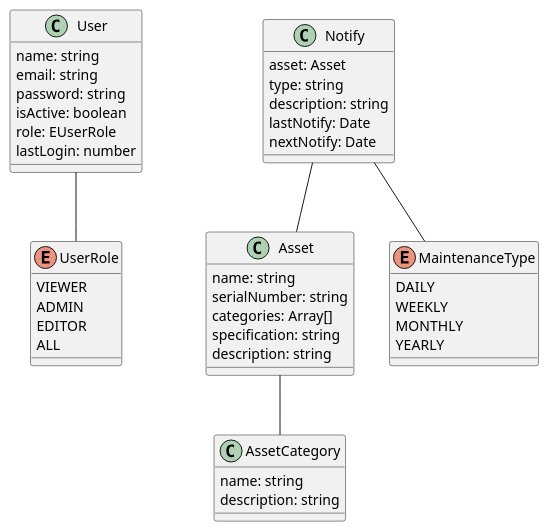
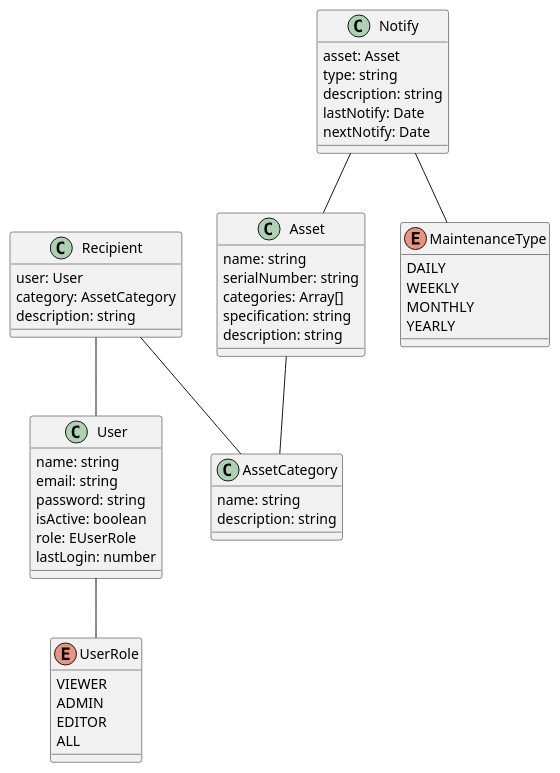
Before and after one commit to attanza/dp-backend: the diagram in diagram.puml, drawn with PlantUML.

Commit message:
diagram edited

```diff
--- a/diagram.puml
+++ b/diagram.puml
@@ -1,51 +1,60 @@
 @startuml
 class User {
   name: string
   email: string
   password: string
   isActive: boolean
   role: EUserRole
   lastLogin: number
 }
 
 class AssetCategory {
   name: string
   description: string
 }
 
 class Asset {
   name: string
   serialNumber: string
   categories: Array[]
   specification: string
   description: string
 }
 
 class Notify {
   asset: Asset
   type: string
   description: string
   lastNotify: Date
   nextNotify: Date
 }
 
+class Recipient {
+  user: User
+  category: AssetCategory
+  description: string
+}
+
 enum UserRole {
   VIEWER
   ADMIN
   EDITOR
   ALL
 }
 
 enum MaintenanceType {
   DAILY
   WEEKLY
   MONTHLY
   YEARLY
 }
 
 User -- UserRole
 Asset -- AssetCategory
 Notify -- Asset
 Notify -- MaintenanceType
+Recipient -- User
+Recipient -- AssetCategory
+
 
 @enduml
```
